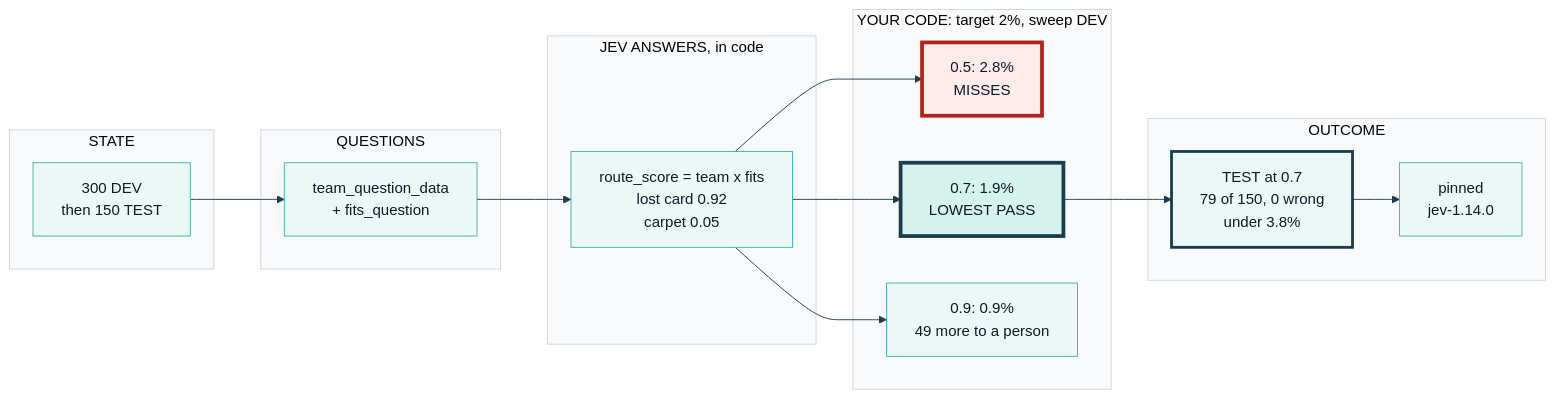
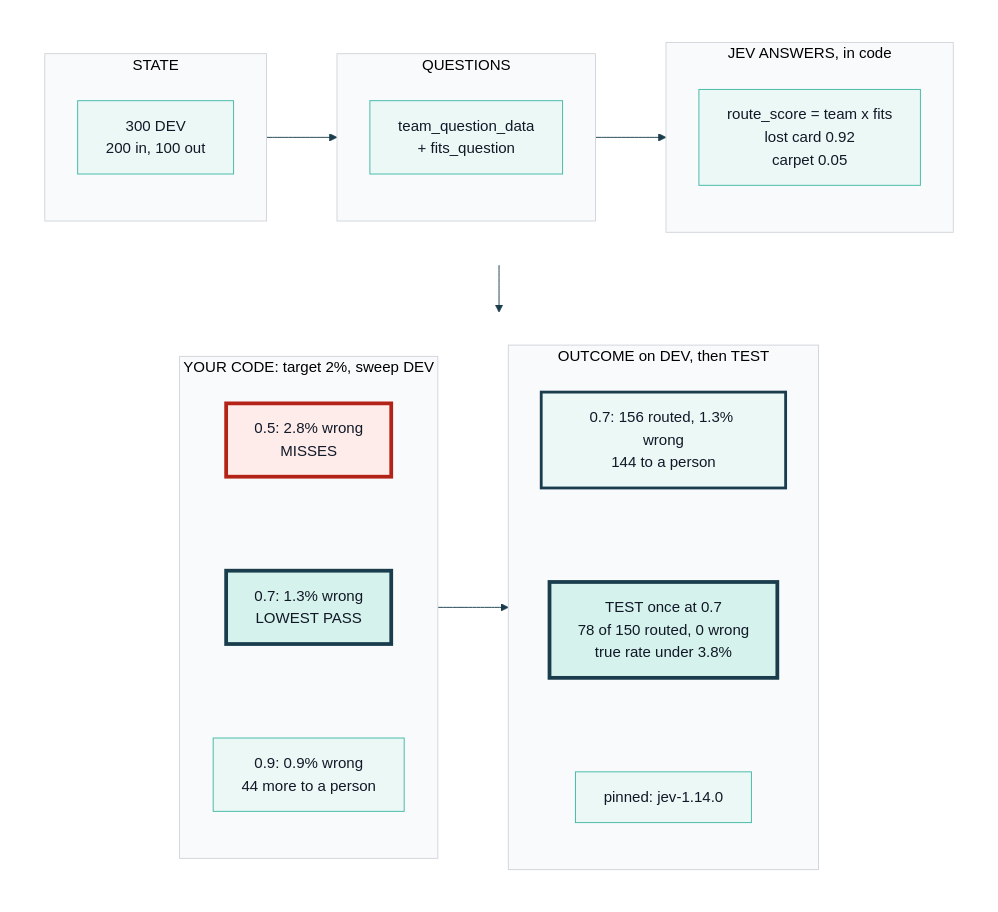
The diagram in course/diagrams/module_03/p3-solution-threshold-from-data.mmd (axel-sirota/getting_started_jev), drawn with Mermaid before and after one commit. The commit also changed 41 other files, not shown here.

Commit message:
Module 3: notebooks and diagrams

```diff
--- a/course/diagrams/module_03/p3-solution-threshold-from-data.mmd
+++ b/course/diagrams/module_03/p3-solution-threshold-from-data.mmd
@@ -1,31 +1,46 @@
 %%{init: {"theme": "base", "themeVariables": {"fontFamily": "Inter, sans-serif", "primaryColor": "#ECF8F6", "primaryBorderColor": "#40B8A6", "primaryTextColor": "#111827", "lineColor": "#1A3D4D", "secondaryColor": "#F9FAFB", "tertiaryColor": "#FFFFFF", "clusterBkg": "#F9FAFB", "clusterBorder": "#D1D5DB", "actorBkg": "#ECF8F6", "actorBorder": "#40B8A6", "noteBkgColor": "#FFF6DA", "noteBorderColor": "#E0B84C"}}}%%
-flowchart LR
-  subgraph STATE["STATE"]
-    S["300 DEV<br/>then 150 TEST"]
+flowchart TB
+  subgraph ROW1[" "]
+    direction LR
+    subgraph STATE["STATE"]
+      S["300 DEV<br/>200 in, 100 out"]
+    end
+    subgraph QUESTIONS["QUESTIONS"]
+      Q["team_question_data<br/>+ fits_question"]
+    end
+    subgraph ANSWERS["JEV ANSWERS, in code"]
+      A["route_score = team x fits<br/>lost card 0.92<br/>carpet 0.05"]
+    end
+    STATE --> QUESTIONS --> ANSWERS
   end
-  subgraph QUESTIONS["QUESTIONS"]
-    Q["team_question_data<br/>+ fits_question"]
+  subgraph ROW2[" "]
+    direction LR
+    subgraph CODE["YOUR CODE: target 2%, sweep DEV"]
+      direction TB
+      G1["0.5: 2.8% wrong<br/>MISSES"]
+      G3["0.7: 1.3% wrong<br/>LOWEST PASS"]
+      G2["0.9: 0.9% wrong<br/>44 more to a person"]
+      G1 ~~~ G3 ~~~ G2
+    end
+    subgraph OUTCOME["OUTCOME on DEV, then TEST"]
+      direction TB
+      O1["0.7: 156 routed, 1.3% wrong<br/>144 to a person"]
+      O2["TEST once at 0.7<br/>78 of 150 routed, 0 wrong<br/>true rate under 3.8%"]
+      R["pinned: jev-1.14.0"]
+      O1 ~~~ O2 ~~~ R
+    end
+    CODE --> OUTCOME
   end
-  subgraph ANSWERS["JEV ANSWERS, in code"]
-    A["route_score = team x fits<br/>lost card 0.92<br/>carpet 0.05"]
-  end
-  subgraph CODE["YOUR CODE: target 2%, sweep DEV"]
-    G1["0.5: 2.8%<br/>MISSES"]
-    G3["0.7: 1.9%<br/>LOWEST PASS"]
-    G2["0.9: 0.9%<br/>49 more to a person"]
-  end
-  subgraph OUTCOME["OUTCOME"]
-    O1["TEST at 0.7<br/>79 of 150, 0 wrong<br/>under 3.8%"]
-    O2["pinned<br/>jev-1.14.0"]
-  end
-  S --> Q --> A
-  A --> G1
-  A --> G3 --> O1 --> O2
-  A --> G2
+  ROW1 --> ROW2
 
   classDef fail fill:#FDECEA,stroke:#B42318,stroke-width:4px
   classDef changed fill:#D5F2EC,stroke:#1A3D4D,stroke-width:4px
   classDef ok fill:#ECF8F6,stroke:#1A3D4D,stroke-width:3px
+  classDef muted fill:#F3F4F6,stroke:#9CA3AF,stroke-width:2px,color:#6B7280
+  classDef human fill:#FFF6DA,stroke:#E0B84C,stroke-width:3px
+  style ROW1 fill:none,stroke:none
+  style ROW2 fill:none,stroke:none
   class G1 fail
   class G3 changed
   class O1 ok
+  class O2 changed
```
